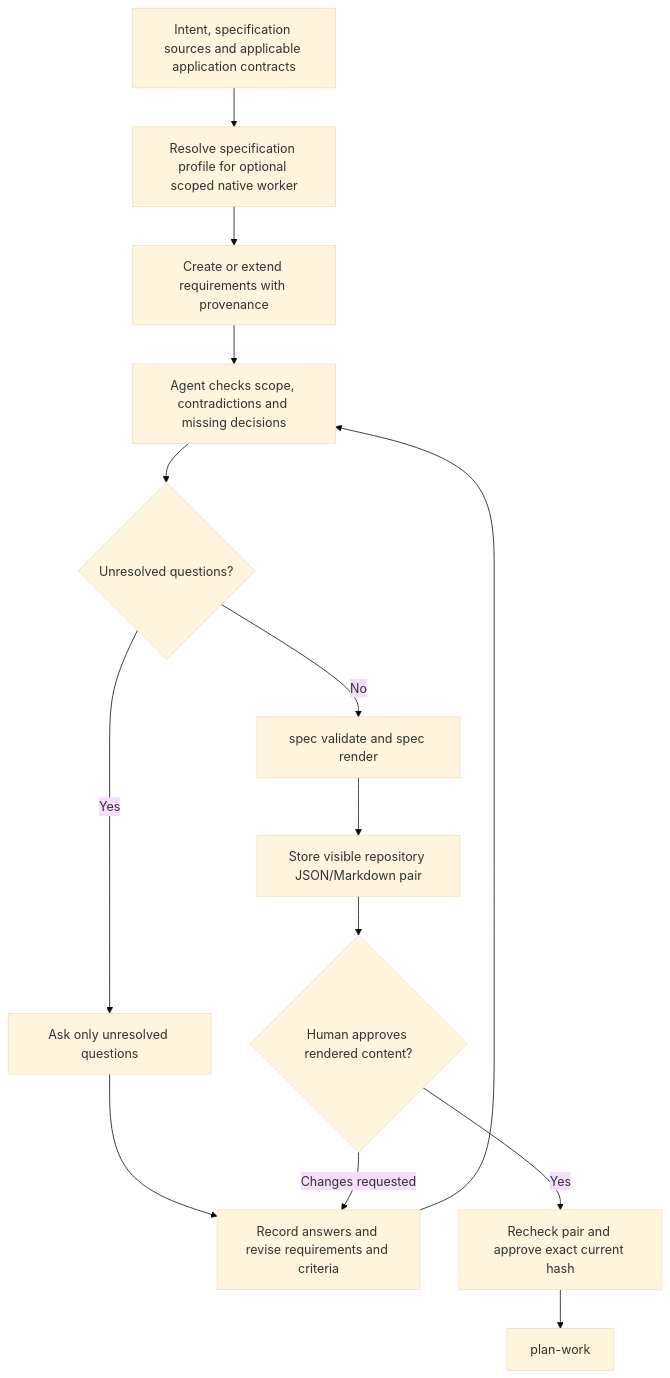
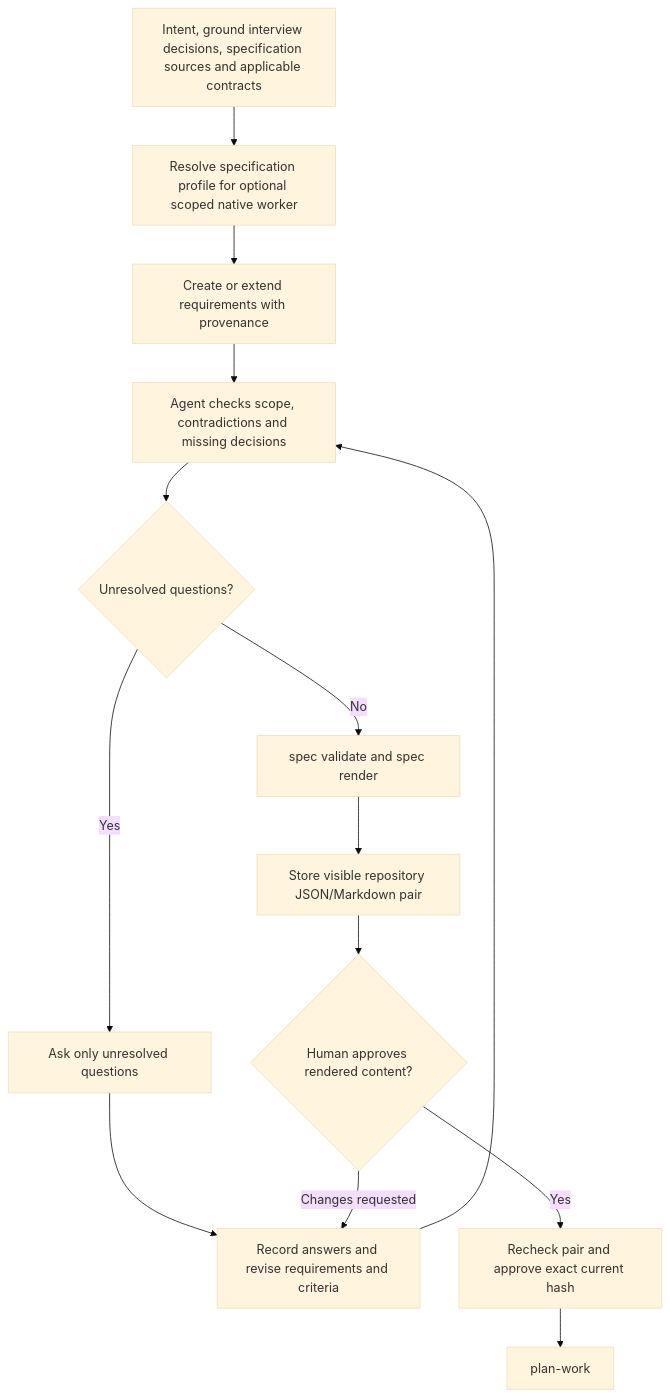
Before and after one commit to wgentil/devflow: the diagram in skills/specify/SKILL.md, drawn with Mermaid (base theme). The commit also changed other lines of this file and 19 other files, not shown here.

Commit message:
Add first-use ground interview checkpoint

````diff
--- a/skills/specify/SKILL.md
+++ b/skills/specify/SKILL.md
@@ -10,16 +10,16 @@
 ```mermaid
 flowchart TD
-    Input["Intent, specification sources and applicable application contracts"] --> Native["Resolve specification profile for optional scoped native worker"]
+    Input["Intent, ground interview decisions, specification sources and applicable contracts"] --> Native["Resolve specification profile for optional scoped native worker"]
     Native --> Draft["Create or extend requirements with provenance"]
     Draft --> Inspect["Agent checks scope, contradictions and missing decisions"]
     Inspect --> Gaps{"Unresolved questions?"}
     Gaps -->|Yes| Ask["Ask only unresolved questions"]
     Ask --> Revise["Record answers and revise requirements and criteria"]
     Revise --> Inspect
     Gaps -->|No| Validate["spec validate and spec render"]
     Validate --> Store["Store visible repository JSON/Markdown pair"]
     Store --> Human{"Human approves rendered content?"}
     Human -->|Changes requested| Revise
     Human -->|Yes| Approve["Recheck pair and approve exact current hash"]
     Approve --> Plan["plan-work"]
 ```
````
